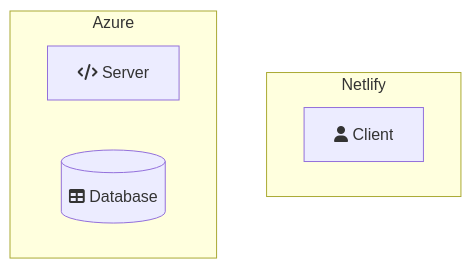
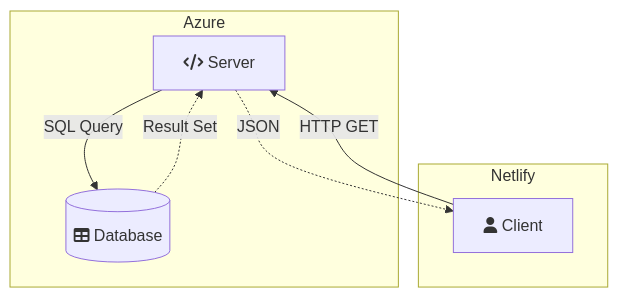
Before and after one commit to DippoldEJ/Satellite-Datasets: the fourth of 4 diagrams in README.md, drawn with Mermaid.

````diff
--- a/README.md
+++ b/README.md
@@ -40,16 +40,21 @@
 ```mermaid
 graph TD;
     subgraph Azure
         s[fa:fa-code Server]
         db[(fa:fa-table Database)]
     end
     subgraph Netlify
         c[fa:fa-user Client]
     end
 
     subgraph Netlify
     end
     subgraph Azure
         direction LR
     end
+
+   c -- HTTP GET --> s
+    s -- SQL Query --> db
+    db -. Result Set .-> s
+    s -. JSON .-> c
 ```
````
